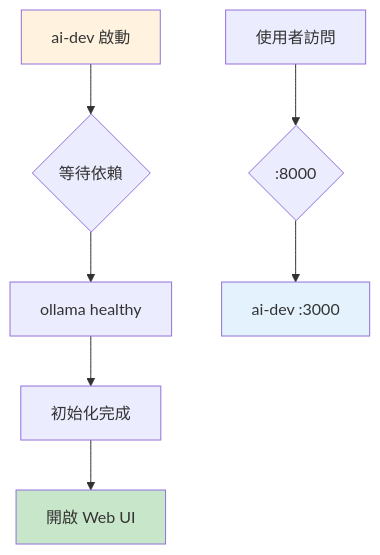
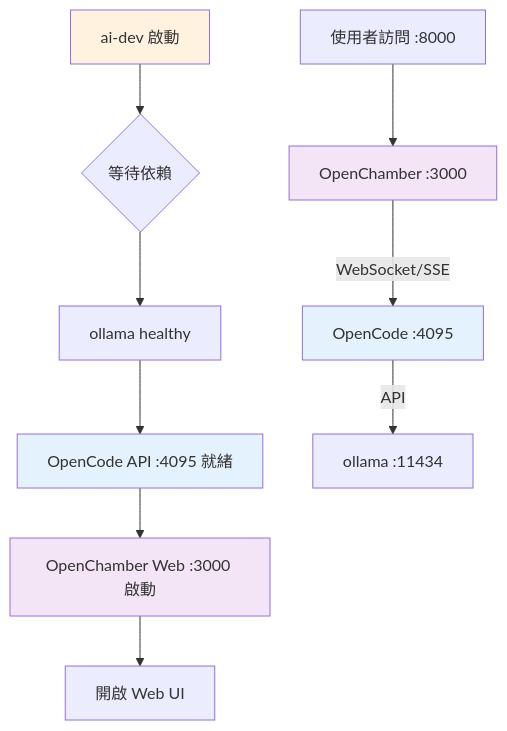
The third of 12 diagrams in docs/ARCHITECTURE.md (tryweb/ai-engkit), drawn with Mermaid before and after one commit. The commit also changed other lines of this file and 1 other file, not shown here.

First line of the commit message:
docs: update architecture and changelog for OpenCode/OpenChamber relationship

````diff
--- a/docs/ARCHITECTURE.md
+++ b/docs/ARCHITECTURE.md
@@ -93,14 +97,18 @@
 ```mermaid
 graph TD
     A["ai-dev 啟動"] --> B{"等待依賴"}
     B --> C["ollama healthy"]
-    C --> D["初始化完成"]
-    D --> E["開啟 Web UI"]
+    C --> D["OpenCode API :4095 就緒"]
+    D --> E["OpenChamber Web :3000 啟動"]
+    E --> F["開啟 Web UI"]
 
-    F["使用者訪問"] --> G{":8000"}
-    G --> H["ai-dev :3000"]
+    G["使用者訪問 :8000"] --> H["OpenChamber :3000"]
+    H -->|"WebSocket/SSE"| I["OpenCode :4095"]
+    I -->|"API"| J["ollama :11434"]
     
     style A fill:#fff3e0
-    style E fill:#c8e6c9
-    style H fill:#e3f2fd
+    style D fill:#e3f2fd
+    style E fill:#f3e5f5
+    style H fill:#f3e5f5
+    style I fill:#e3f2fd
 ```
````
